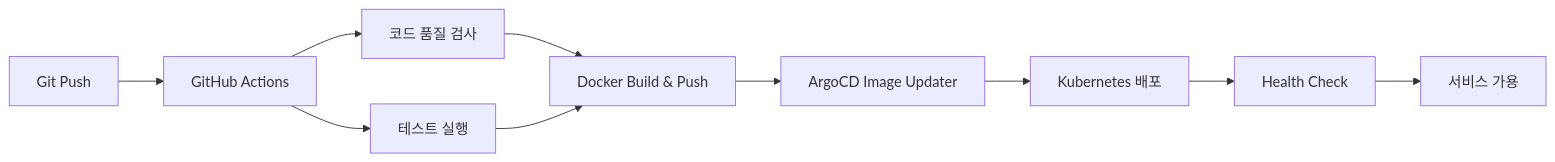
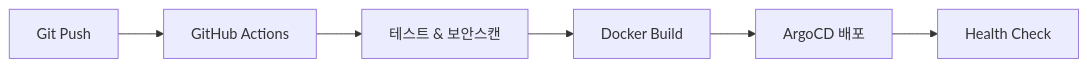
Before and after one commit to JCLEE94/blacklist: the second of 2 diagrams in README.md, drawn with Mermaid. The commit also changed other lines of this file, not shown here.

````diff
--- a/README.md
+++ b/README.md
@@ -237,12 +135,8 @@
 ```mermaid
 graph LR
     A[Git Push] --> B[GitHub Actions]
-    B --> C[코드 품질 검사]
-    B --> D[테스트 실행]
-    C --> E[Docker Build & Push]
-    D --> E
-    E --> F[ArgoCD Image Updater]
-    F --> G[Kubernetes 배포]
-    G --> H[Health Check]
-    H --> I[서비스 가용]
+    B --> C[테스트 & 보안스캔]
+    C --> D[Docker Build]
+    D --> E[ArgoCD 배포]
+    E --> F[Health Check]
 ```
````
